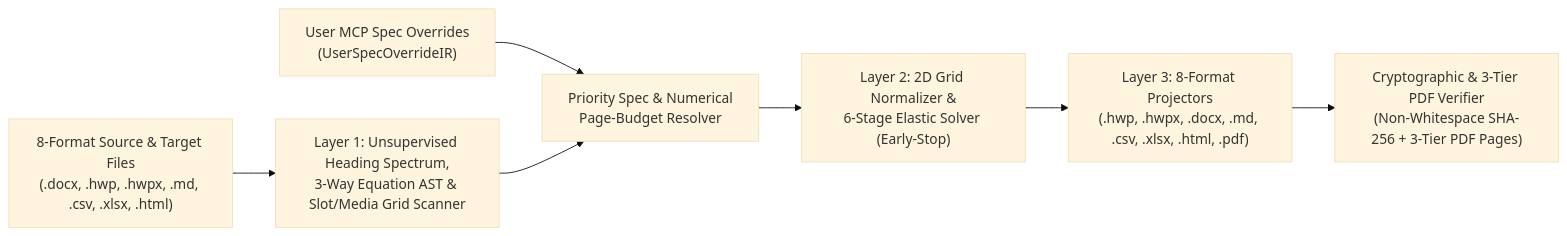
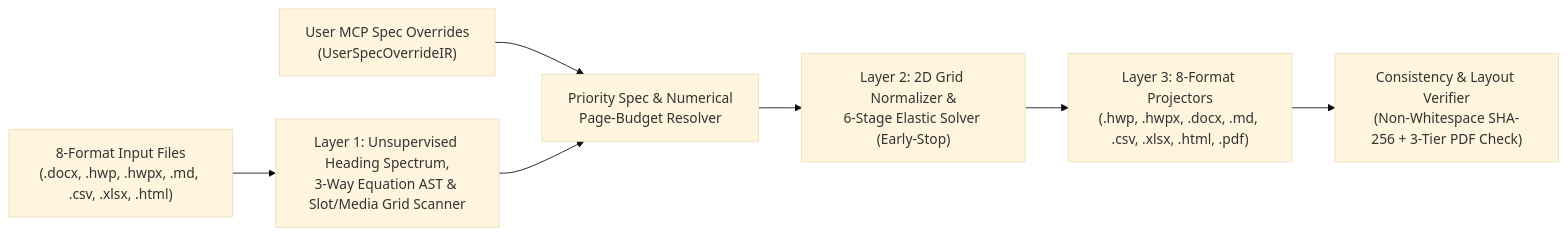
One commit to Team-Sequence-Thaumaturge/-document-IR changed the diagram in README.md. Above: the diagram before and after it, drawn with Mermaid (base theme). The commit also changed other lines of this file and 9 other files, not shown here.

````diff
--- a/README.md
+++ b/README.md
@@ -29,9 +85,9 @@
 ```mermaid
 flowchart LR
-    A["8-Format Source & Target Files<br/>(.docx, .hwp, .hwpx, .md, .csv, .xlsx, .html)"] --> B["Layer 1: Unsupervised Heading Spectrum,<br/>3-Way Equation AST & Slot/Media Grid Scanner"]
+    A["8-Format Input Files<br/>(.docx, .hwp, .hwpx, .md, .csv, .xlsx, .html)"] --> B["Layer 1: Unsupervised Heading Spectrum,<br/>3-Way Equation AST & Slot/Media Grid Scanner"]
     U["User MCP Spec Overrides<br/>(UserSpecOverrideIR)"] --> C["Priority Spec & Numerical<br/>Page-Budget Resolver"]
     B --> C
     C --> D["Layer 2: 2D Grid Normalizer &<br/>6-Stage Elastic Solver (Early-Stop)"]
     D --> E["Layer 3: 8-Format Projectors<br/>(.hwp, .hwpx, .docx, .md, .csv, .xlsx, .html, .pdf)"]
-    E --> F["Cryptographic & 3-Tier PDF Verifier<br/>(Non-Whitespace SHA-256 + 3-Tier PDF Pages)"]
+    E --> F["Consistency & Layout Verifier<br/>(Non-Whitespace SHA-256 + 3-Tier PDF Check)"]
 ```
````
